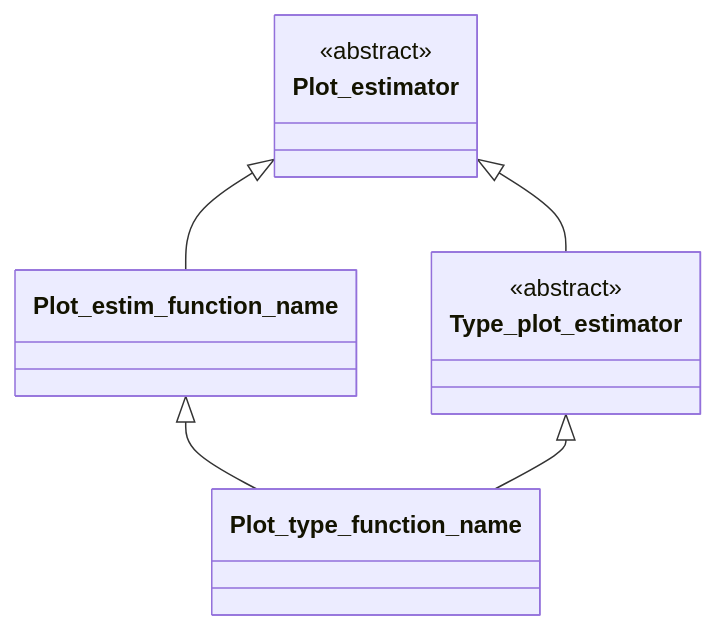
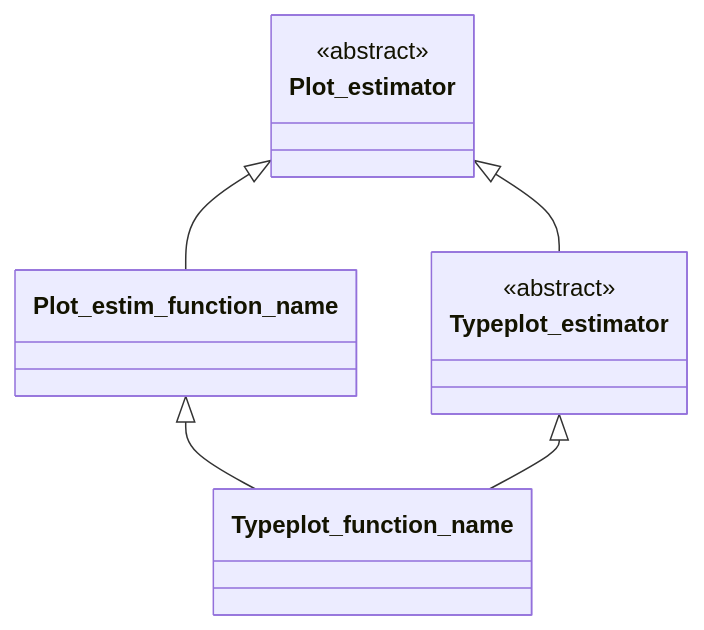
Before and after one commit to Code-Cornelius/CorAI: the first of 3 diagrams in priv_lib_estimator/how_to_use_estimators_and_plotters.MD, drawn with Mermaid. The commit also changed other lines of this file and 8 other files, not shown here.

````diff
--- a/priv_lib_estimator/how_to_use_estimators_and_plotters.MD
+++ b/priv_lib_estimator/how_to_use_estimators_and_plotters.MD
@@ -39,13 +39,13 @@
 ```mermaid
 classDiagram
         
         
-        Plot_estimator       <|-- Type_plot_estimator
+        Plot_estimator       <|-- Typeplot_estimator
         Plot_estimator       <|-- Plot_estim_function_name
-        Plot_estim_function_name       <|-- Plot_type_function_name
-        Type_plot_estimator       <|-- Plot_type_function_name
+        Plot_estim_function_name       <|-- Typeplot_function_name
+        Typeplot_estimator       <|-- Typeplot_function_name
 
         
         <<abstract>> Plot_estimator
-        <<abstract>> Type_plot_estimator
+        <<abstract>> Typeplot_estimator
 ```
````
